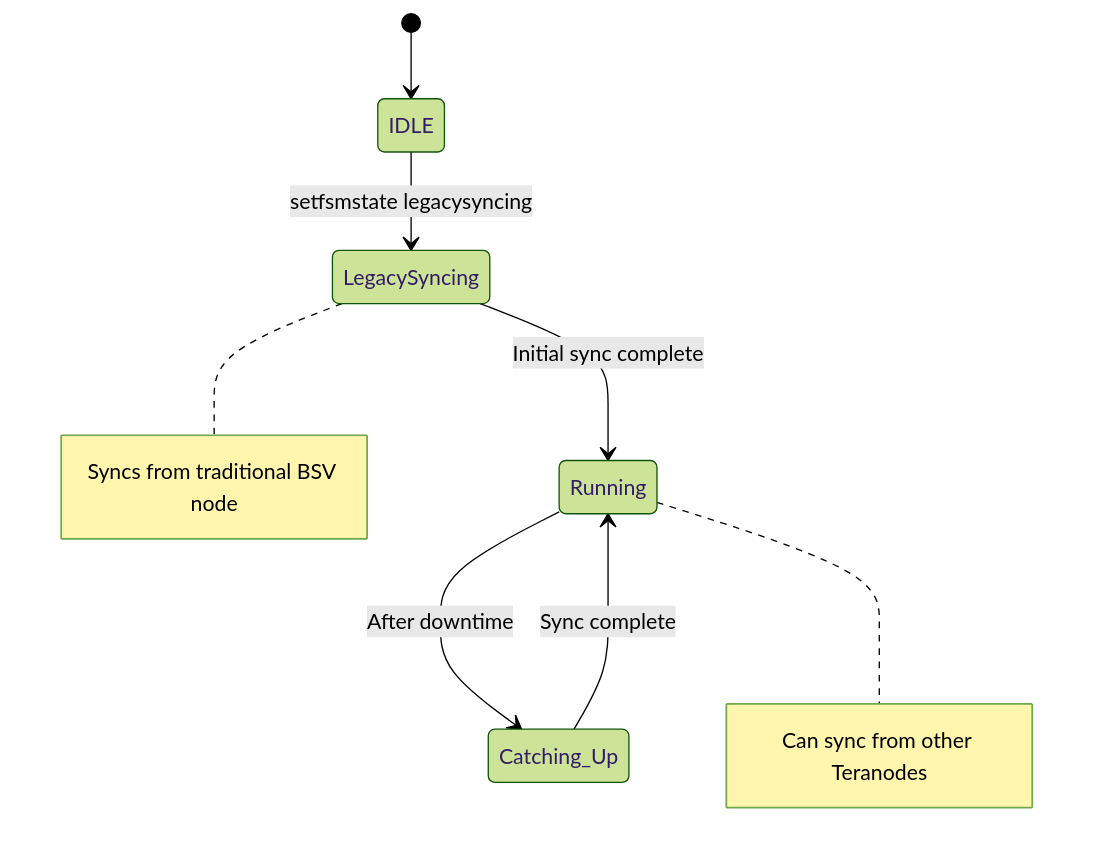
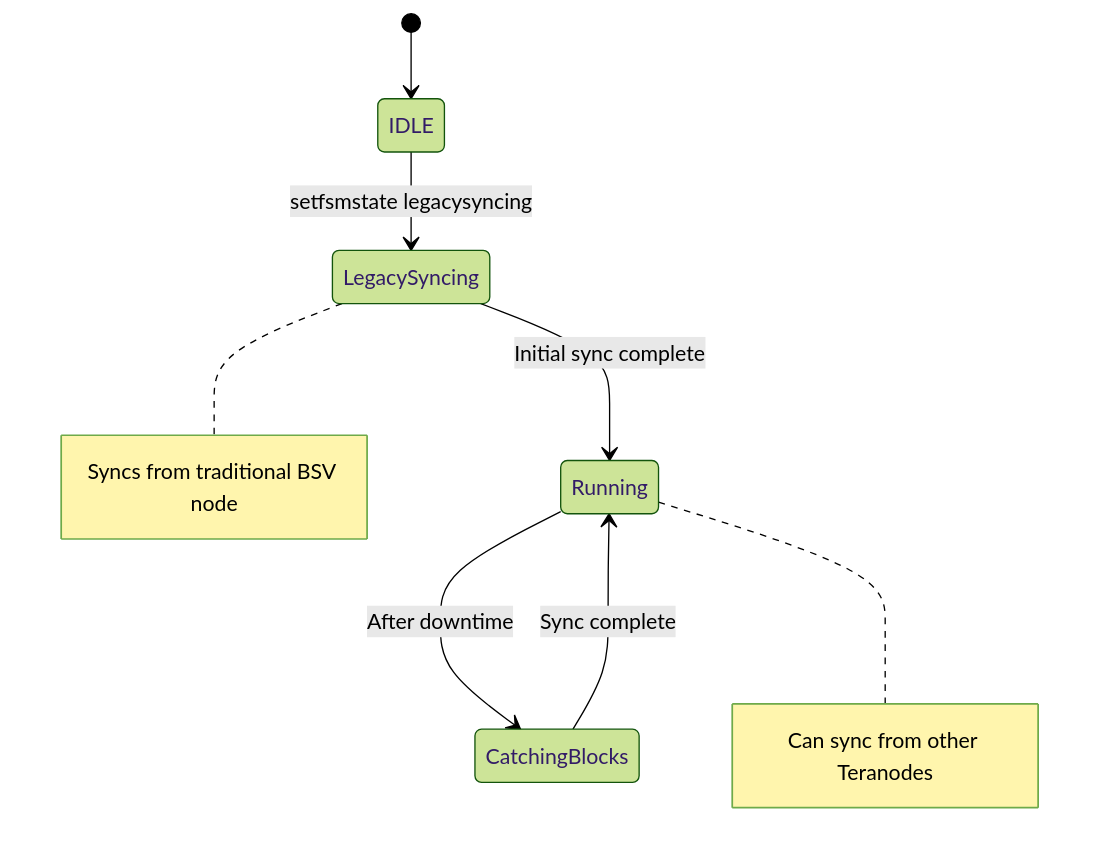
Before and after one commit to freemans13/teranode: the diagram in howto/miners/img/mermaid/syncStateFlow.mermaid, drawn with Mermaid (forest theme). The commit also changed 193 other files, not shown here.

```diff
--- a/howto/miners/img/mermaid/syncStateFlow.mermaid
+++ b/howto/miners/img/mermaid/syncStateFlow.mermaid
@@ -1,14 +1,14 @@
 stateDiagram-v2
     [*] --> IDLE
     IDLE --> LegacySyncing: setfsmstate legacysyncing
     LegacySyncing --> Running: Initial sync complete
-    Running --> Catching_Up: After downtime
-    Catching_Up --> Running: Sync complete
+    Running --> CatchingBlocks: After downtime
+    CatchingBlocks --> Running: Sync complete
 
     note right of LegacySyncing
         Syncs from traditional BSV node
     end note
 
     note right of Running
         Can sync from other Teranodes
     end note
```
